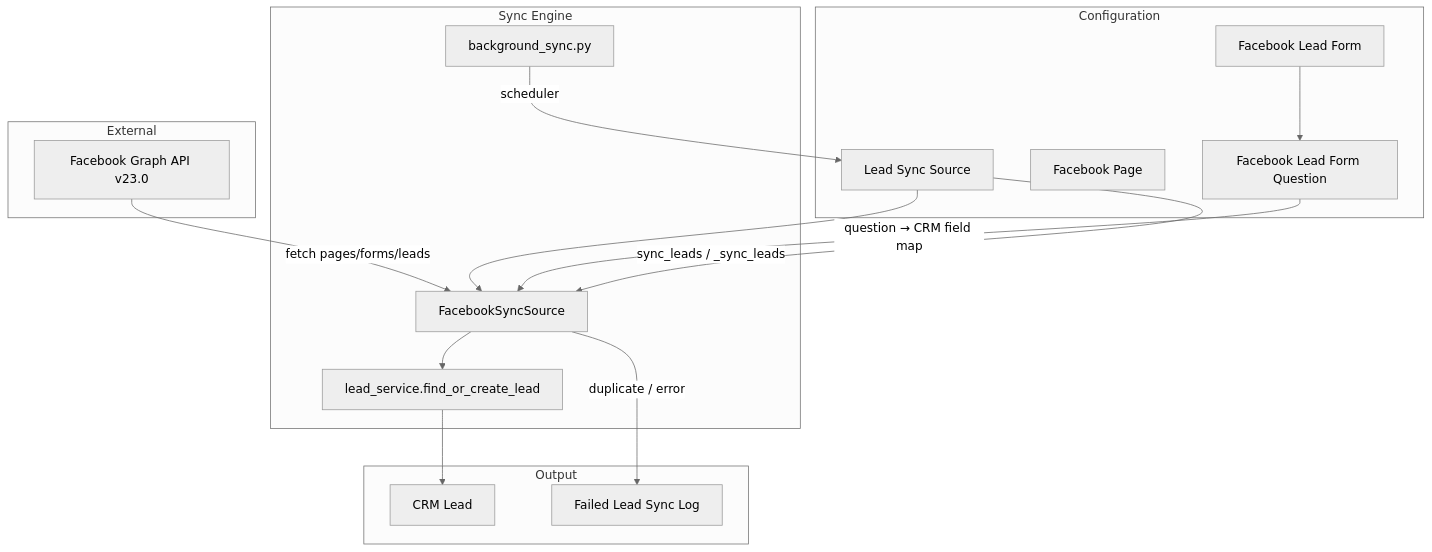
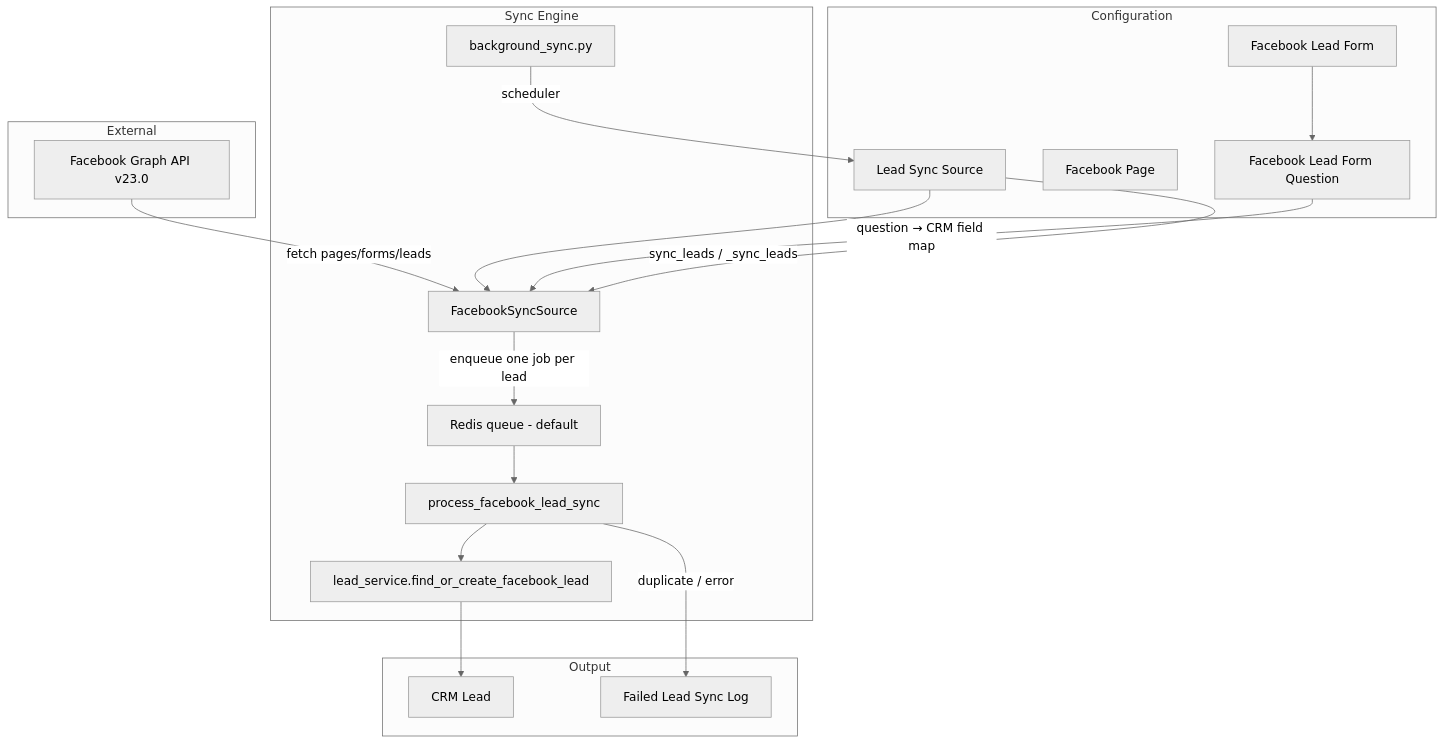
The first of 2 diagrams in docs/technical/lead_sync_source.md (CarrumMobility/frappe-core), drawn with Mermaid (neutral theme) before and after one commit. The commit also changed other lines of this file and 1 other file, not shown here.

Commit message:
update lead sync source

````diff
--- a/docs/technical/lead_sync_source.md
+++ b/docs/technical/lead_sync_source.md
@@ -19,34 +19,38 @@
 ```mermaid
 flowchart TB
     subgraph External
         FB[Facebook Graph API v23.0]
     end
 
     subgraph Configuration
         LSS[Lead Sync Source]
         FBP[Facebook Page]
         FBLF[Facebook Lead Form]
         FBLFQ[Facebook Lead Form Question]
     end
 
     subgraph Sync Engine
         FBS[FacebookSyncSource]
         BG[background_sync.py]
-        LS[lead_service.find_or_create_lead]
+        Q[Redis queue - default]
+        W[process_facebook_lead_sync]
+        LS[lead_service.find_or_create_facebook_lead]
     end
 
     subgraph Output
         CRM[CRM Lead]
         FLL[Failed Lead Sync Log]
     end
 
     FB -->|fetch pages/forms/leads| FBS
     LSS --> FBS
     FBLF --> FBLFQ
     FBLFQ -->|question → CRM field map| FBS
     BG -->|scheduler| LSS
     LSS -->|sync_leads / _sync_leads| FBS
-    FBS --> LS
+    FBS -->|enqueue one job per lead| Q
+    Q --> W
+    W --> LS
     LS --> CRM
-    FBS -->|duplicate / error| FLL
+    W -->|duplicate / error| FLL
 ```
````
